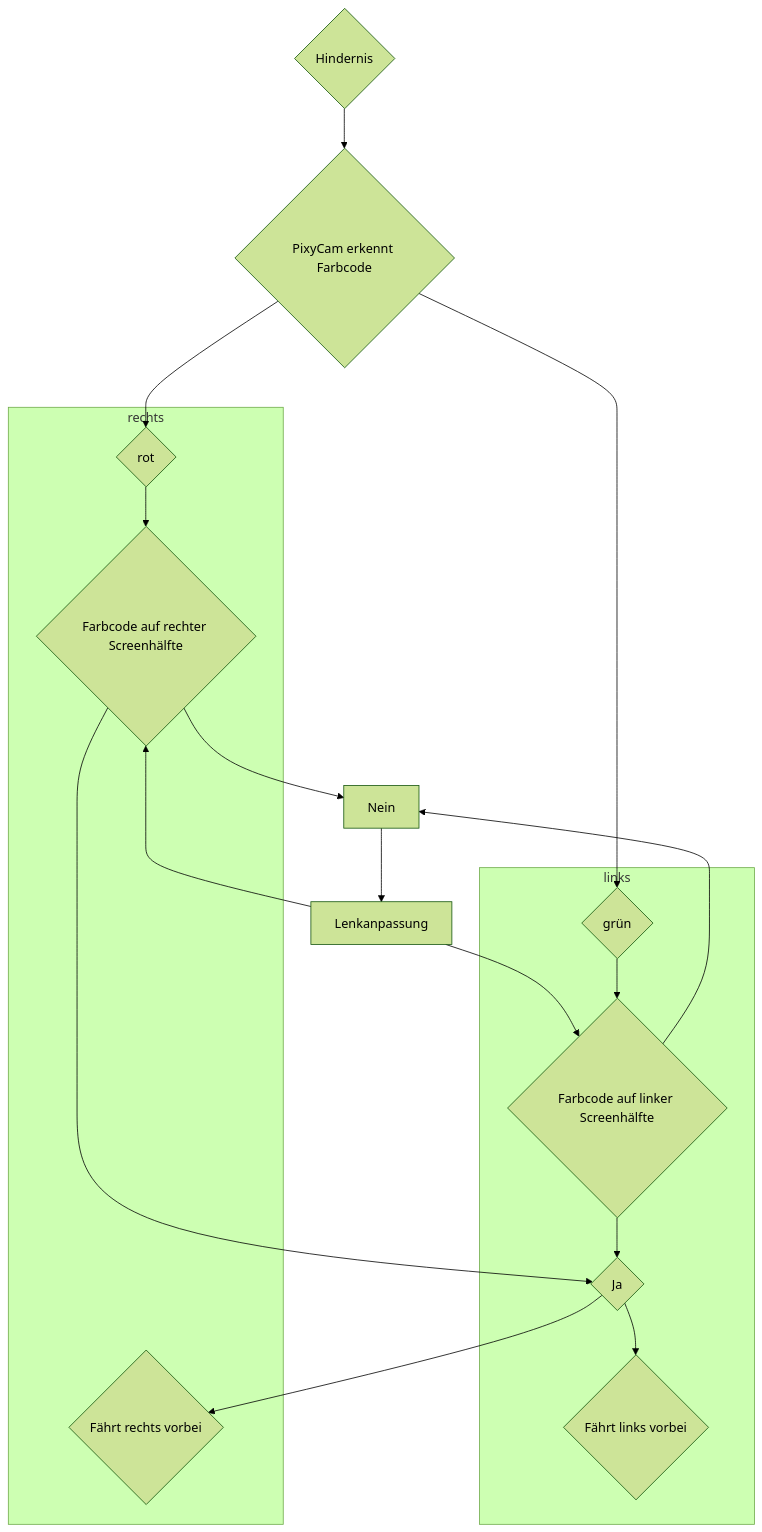
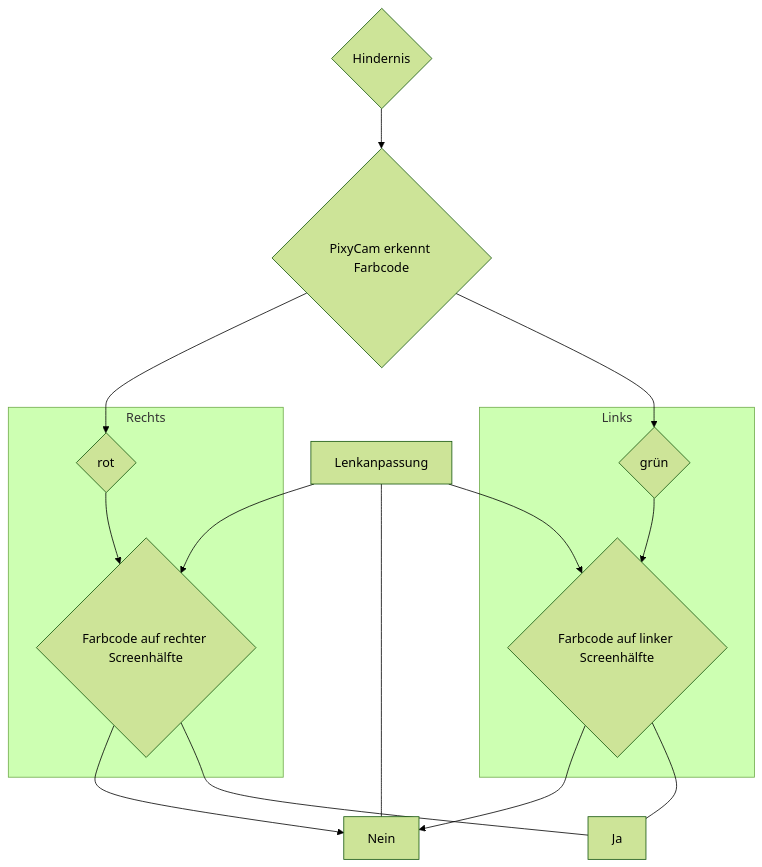
The diagram in Programme/Hindernisrennen/README.md (SchroedingersBit/PfortGTPanama), drawn with Mermaid (forest theme) before and after one commit.

````diff
--- a/Programme/Hindernisrennen/README.md
+++ b/Programme/Hindernisrennen/README.md
@@ -4,31 +4,18 @@
 ```mermaid
 flowchart TB;
-B-->C{rot};
+
 A{Hindernis} -->B{PixyCam erkennt Farbcode};
-B-->E{grün};
-C1 --> Nein;
-Nein --> Lenkanpassung;
-C2 --> Nein; 
-Lenkanpassung-->C1;
-Lenkanpassung -->C2;
-C1-->J{Ja};
+B-->C{rot} & E{grün};
+Lenkanpassung --- Nein;
+Lenkanpassung --> C2 & C1;
 
-
-
-C2-->J;
-subgraph links
+subgraph Rechts
+C-->C2{Farbcode auf rechter Screenhälfte};
+end
+C1 & C2 --> Nein;
+subgraph Links
 E-->C1{Farbcode auf linker Screenhälfte};
-
-J-->R{Fährt links vorbei};
-
-
 end
 
-subgraph rechts
-C-->C2{Farbcode auf rechter Screenhälfte};
-
-J-->L{Fährt rechts vorbei};
-
-
-end
+C1 & C2---Ja;
 ```
````
